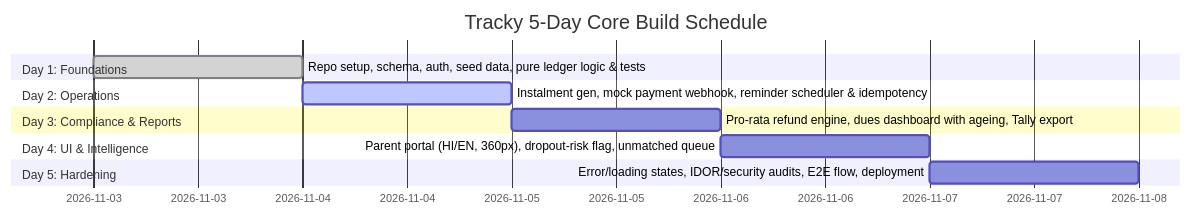
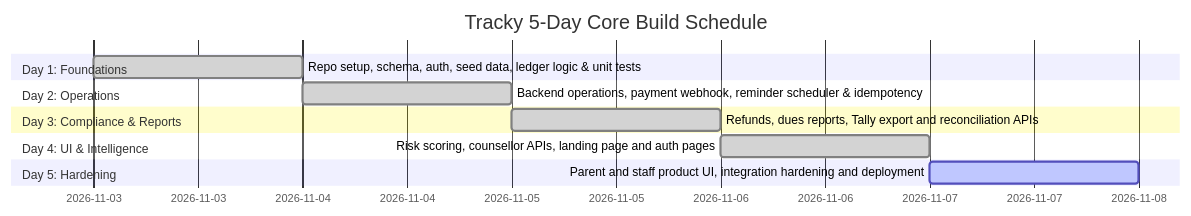
Before and after one commit to kanishkzzz/Payshift: the first of 3 diagrams in docs/HLD.md, drawn with Mermaid. The commit also changed other lines of this file and 64 other files, not shown here.

````diff
--- a/docs/HLD.md
+++ b/docs/HLD.md
@@ -39,15 +55,15 @@
 ```mermaid
 gantt
     title Tracky 5-Day Core Build Schedule
     dateFormat  YYYY-MM-DD
     section Day 1: Foundations
-    Repo setup, schema, auth, seed data, pure ledger logic & tests    :done, 2026-11-03, 1d
+    Repo setup, schema, auth, seed data, ledger logic & unit tests    :done, 2026-11-03, 1d
     section Day 2: Operations
-    Instalment gen, mock payment webhook, reminder scheduler & idempotency :active, 2026-11-04, 1d
+    Backend operations, payment webhook, reminder scheduler & idempotency :done, 2026-11-04, 1d
     section Day 3: Compliance & Reports
-    Pro-rata refund engine, dues dashboard with ageing, Tally export       :2026-11-05, 1d
+    Refunds, dues reports, Tally export and reconciliation APIs       :done, 2026-11-05, 1d
     section Day 4: UI & Intelligence
-    Parent portal (HI/EN, 360px), dropout-risk flag, unmatched queue      :2026-11-06, 1d
+    Risk scoring, counsellor APIs, landing page and auth pages         :done, 2026-11-06, 1d
     section Day 5: Hardening
-    Error/loading states, IDOR/security audits, E2E flow, deployment       :2026-11-07, 1d
+    Parent and staff product UI, integration hardening and deployment  :active, 2026-11-07, 1d
 ```
````
